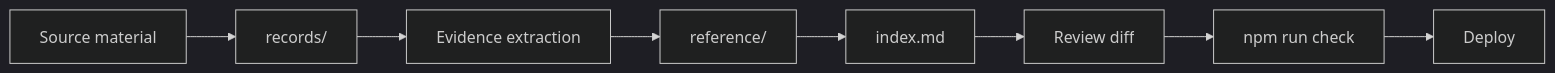
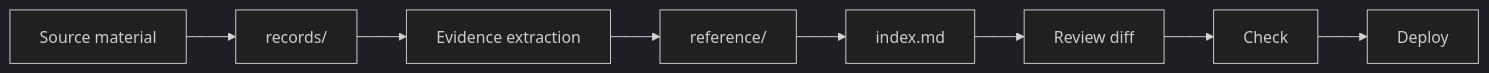
One commit to PageLines/pl-report-kit changed the diagram in README.md. Above: the diagram before and after it, drawn with Mermaid (dark theme). The commit also changed other lines of this file and 6 other files, not shown here.

````diff
--- a/README.md
+++ b/README.md
@@ -64,10 +120,10 @@
 ```mermaid
 flowchart LR
   A[Source material] --> B[records/]
   B --> C[Evidence extraction]
   C --> D[reference/]
   D --> E[index.md]
   E --> F[Review diff]
-  F --> G[npm run check]
+  F --> G[Check]
   G --> H[Deploy]
 ```
````
